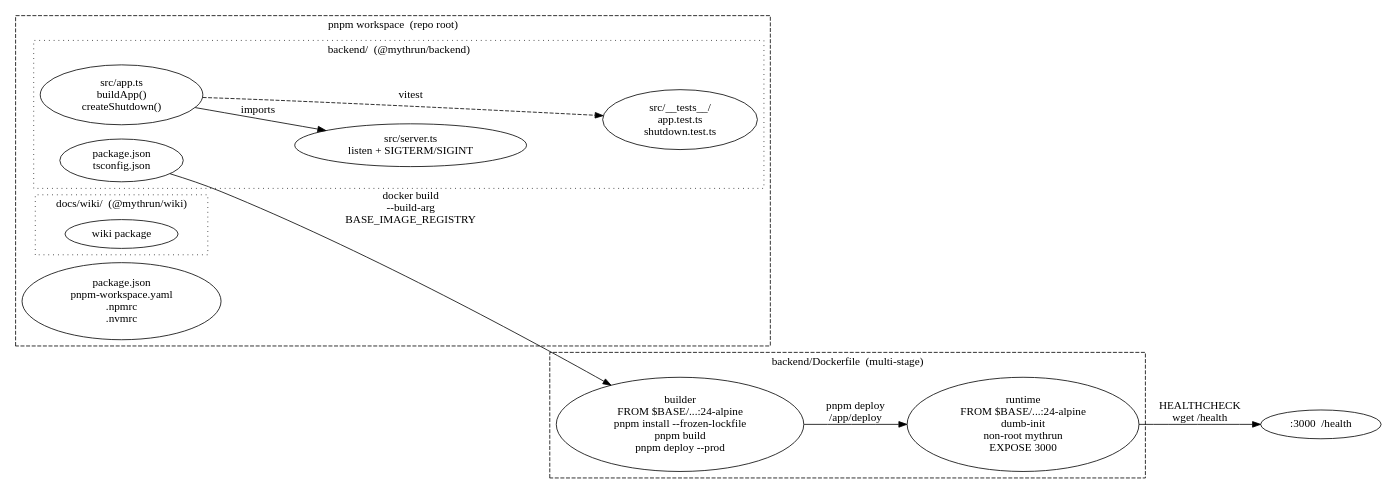
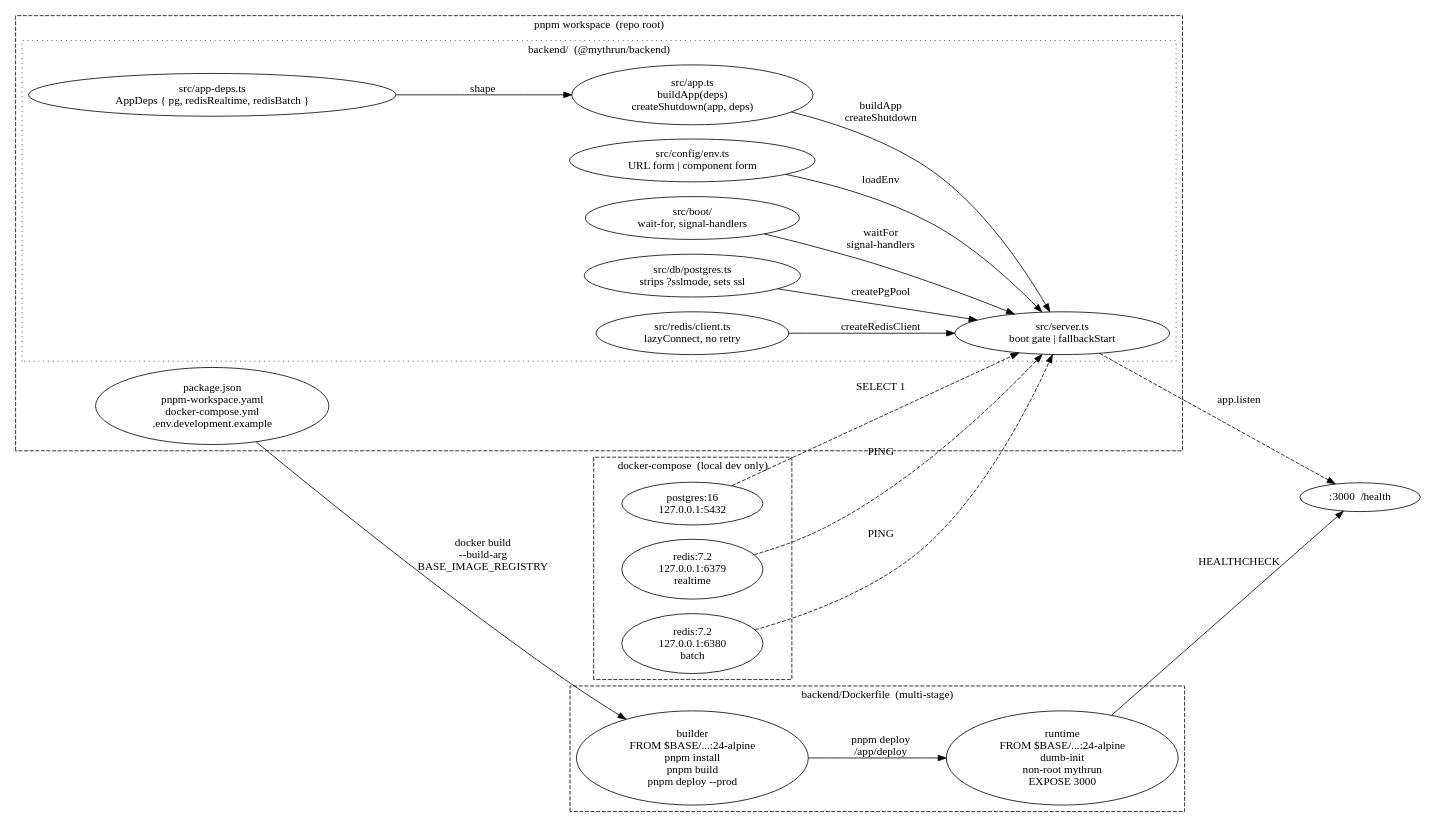
Before and after one commit to mythrun/mythrun: the diagram in docs/wiki/diagrams/runtime/backend.dot, drawn with Graphviz. The commit also changed 3 other files, not shown here.

First line of the commit message:
docs(wiki): sync for MYT-29 — rewrite Backend page for local-dev + boot gate

```diff
--- a/docs/wiki/diagrams/runtime/backend.dot
+++ b/docs/wiki/diagrams/runtime/backend.dot
@@ -1,50 +1,72 @@
 digraph backend {
-  // The backend package: pnpm monorepo workspace that builds a runtime Docker
-  // image. Left: source tree and dev loop. Right: the two-stage image build.
+  // The backend package: pnpm monorepo workspace that runs locally against a
+  // docker-compose data stack and ships as a multi-stage image. Top-left: the
+  // source tree + dev loop (local compose services feed the boot gate).
+  // Bottom-right: the two-stage image build. Everything converges on :3000.
   rankdir=LR;
   compound=true;
 
   subgraph cluster_repo {
     label="pnpm workspace  (repo root)";
     style="dashed";
     color="ember";
     fontcolor="ember";
 
-    root    [label="package.json\npnpm-workspace.yaml\n.npmrc\n.nvmrc"];
+    root    [label="package.json\npnpm-workspace.yaml\ndocker-compose.yml\n.env.development.example"];
 
     subgraph cluster_backend {
       label="backend/  (@mythrun/backend)";
       style="dotted";
-      pkg     [label="package.json\ntsconfig.json"];
-      app     [label="src/app.ts\nbuildApp()\ncreateShutdown()"];
-      server  [label="src/server.ts\nlisten + SIGTERM/SIGINT"];
-      tests   [label="src/__tests__/\napp.test.ts\nshutdown.test.ts"];
+
+      appdeps [label="src/app-deps.ts\nAppDeps { pg, redisRealtime, redisBatch }"];
+      app     [label="src/app.ts\nbuildApp(deps)\ncreateShutdown(app, deps)"];
+      server  [label="src/server.ts\nboot gate | fallbackStart"];
+      env     [label="src/config/env.ts\nURL form | component form"];
+      boot    [label="src/boot/\nwait-for, signal-handlers"];
+      db      [label="src/db/postgres.ts\nstrips ?sslmode, sets ssl"];
+      redis   [label="src/redis/client.ts\nlazyConnect, no retry"];
     }
+  }
 
-    subgraph cluster_wiki {
-      label="docs/wiki/  (@mythrun/wiki)";
-      style="dotted";
-      wiki    [label="wiki package"];
-    }
+  subgraph cluster_compose {
+    label="docker-compose  (local dev only)";
+    style="dashed";
+    color="ember";
+    fontcolor="ember";
+
+    pg_local    [label="postgres:16\n127.0.0.1:5432"];
+    rtr_local   [label="redis:7.2\n127.0.0.1:6379\nrealtime"];
+    rtb_local   [label="redis:7.2\n127.0.0.1:6380\nbatch"];
   }
 
   subgraph cluster_image {
     label="backend/Dockerfile  (multi-stage)";
     style="dashed";
     color="ember";
     fontcolor="ember";
 
-    builder [label="builder\nFROM $BASE/...:24-alpine\npnpm install --frozen-lockfile\npnpm build\npnpm deploy --prod"];
+    builder [label="builder\nFROM $BASE/...:24-alpine\npnpm install\npnpm build\npnpm deploy --prod"];
     runtime [label="runtime\nFROM $BASE/...:24-alpine\ndumb-init\nnon-root mythrun\nEXPOSE 3000", color="ember", fontcolor="ember"];
   }
 
   port [label=":3000  /health", color="ember", fontcolor="ember"];
 
-  app     -> server  [label="imports"];
-  app     -> tests   [label="vitest", style=dashed];
-  server  -> tests   [style=invis];
-  pkg     -> builder [label="docker build\n--build-arg\nBASE_IMAGE_REGISTRY"];
-  server  -> builder [style=invis];
-  builder -> runtime [label="pnpm deploy\n/app/deploy"];
-  runtime -> port    [label="HEALTHCHECK\nwget /health"];
+  // Wiring within backend/
+  appdeps -> app      [label="shape"];
+  env     -> server   [label="loadEnv"];
+  db      -> server   [label="createPgPool"];
+  redis   -> server   [label="createRedisClient"];
+  boot    -> server   [label="waitFor\nsignal-handlers"];
+  app     -> server   [label="buildApp\ncreateShutdown"];
+
+  // Dev loop
+  pg_local  -> server [label="SELECT 1", style=dashed];
+  rtr_local -> server [label="PING", style=dashed];
+  rtb_local -> server [label="PING", style=dashed];
+
+  // Image build
+  root    -> builder  [label="docker build\n--build-arg\nBASE_IMAGE_REGISTRY"];
+  builder -> runtime  [label="pnpm deploy\n/app/deploy"];
+  runtime -> port     [label="HEALTHCHECK"];
+  server  -> port     [label="app.listen", style=dashed];
 }
```
